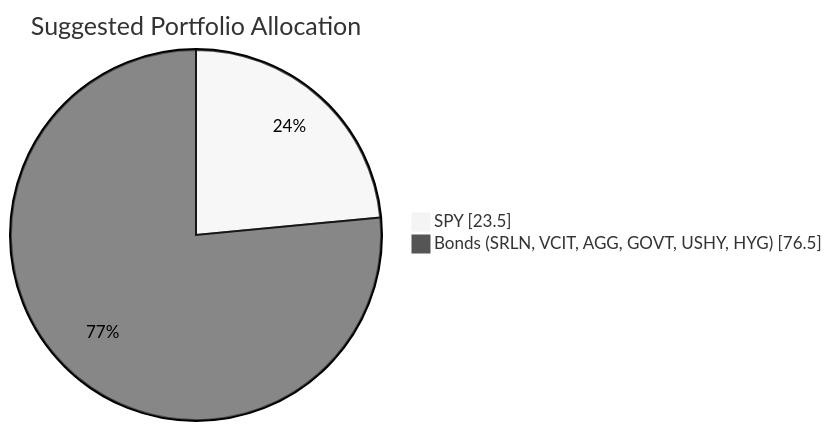
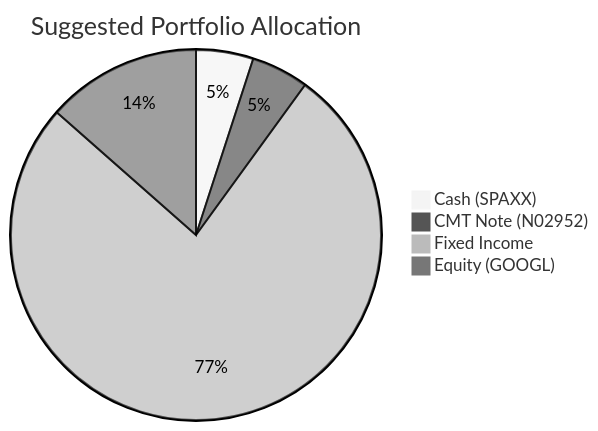
One commit to roger249/Bot-collaboration changed the second of 2 diagrams in docs/sample outputs/client_product_fit_analysis_10.md. Above: the diagram before and after it, drawn with Mermaid (neutral theme). The commit also changed other lines of this file and 16 other files, not shown here.

````diff
--- a/docs/sample outputs/client_product_fit_analysis_10.md
+++ b/docs/sample outputs/client_product_fit_analysis_10.md
@@ -63,6 +65,7 @@
 ```mermaid
-pie showData
-title Suggested Portfolio Allocation
-"SPY" : 23.5
-"Bonds (SRLN, VCIT, AGG, GOVT, USHY, HYG)" : 76.5
+pie title Suggested Portfolio Allocation
+    "Cash (SPAXX)" : 5
+    "CMT Note (N02952)" : 5
+    "Fixed Income" : 76.5
+    "Equity (GOOGL)" : 13.5
 ```
````
